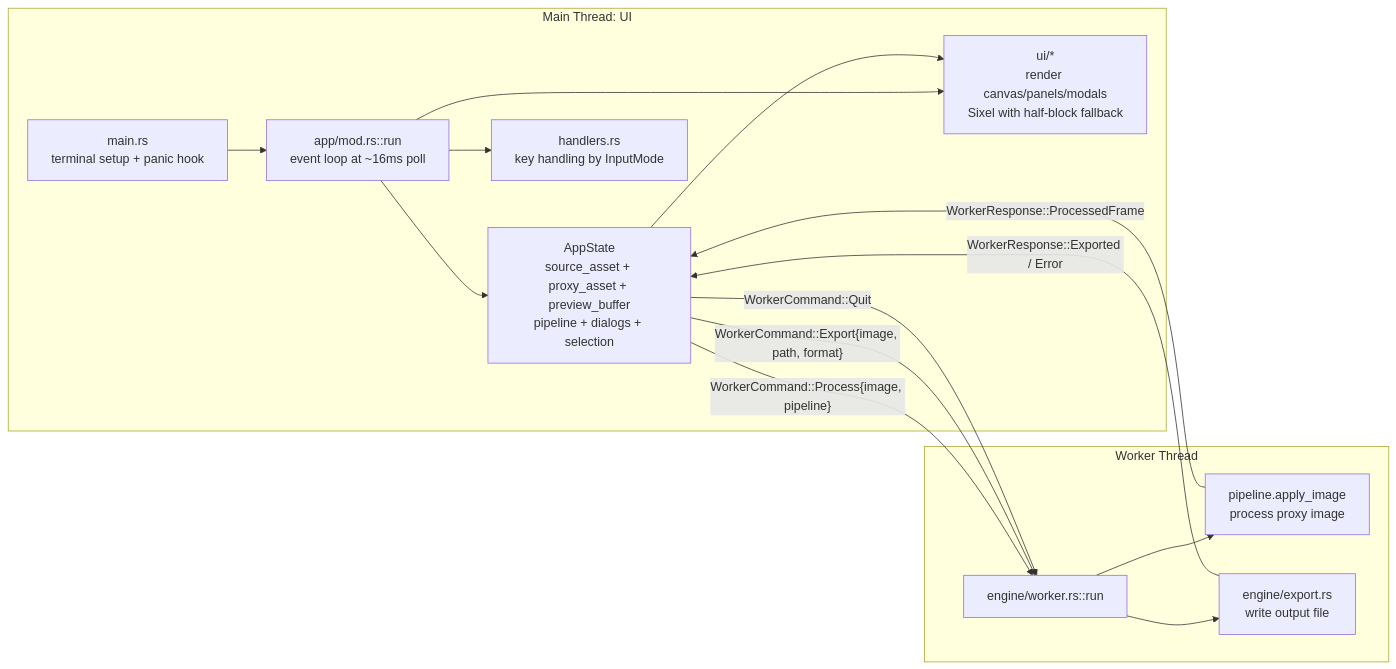
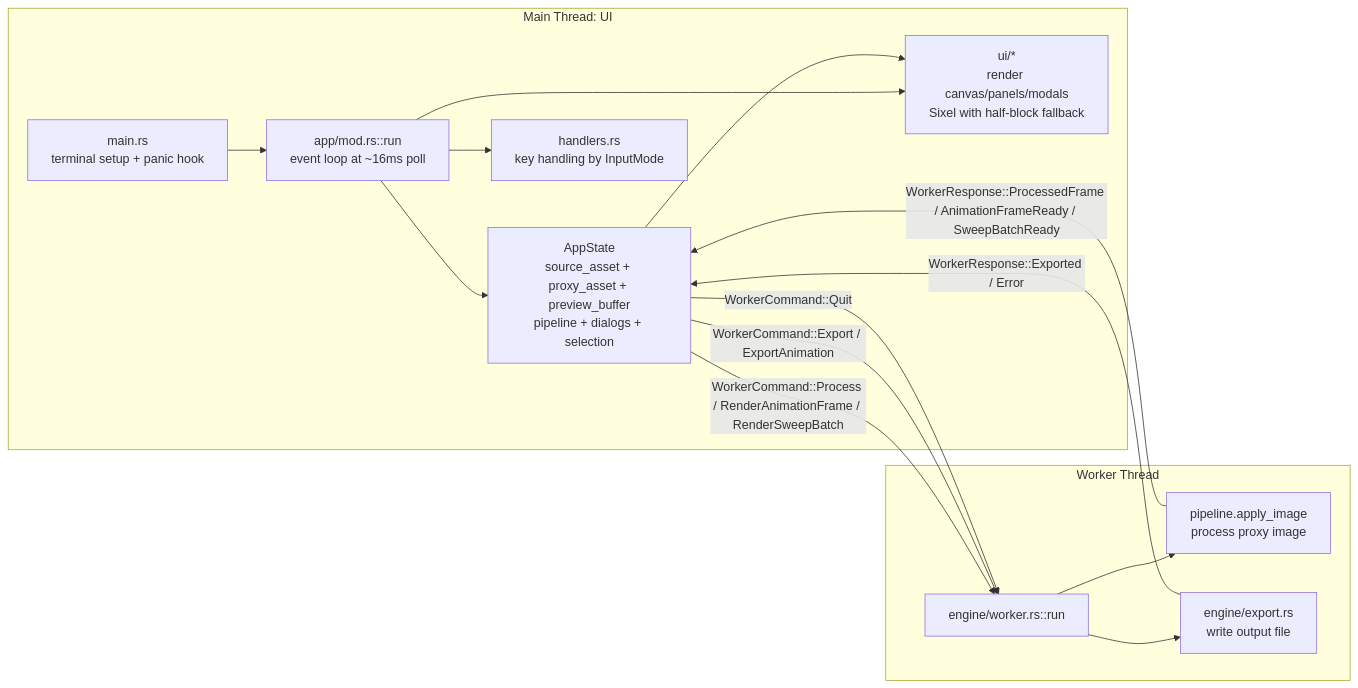
Before and after one commit to gioleppe/SpixelaTUIr: the diagram in README.md, drawn with Mermaid. The commit also changed other lines of this file and 2 other files, not shown here.

Commit message:
feat: update version to 0.2.0 and enhance README with animation features

````diff
--- a/README.md
+++ b/README.md
@@ -150,32 +150,32 @@
 ```mermaid
 flowchart LR
   subgraph UI[Main Thread: UI]
     A[main.rs\nterminal setup + panic hook]
     B[app/mod.rs::run\nevent loop at ~16ms poll]
     C[AppState\nsource_asset + proxy_asset + preview_buffer\npipeline + dialogs + selection]
     D[handlers.rs\nkey handling by InputMode]
     E[ui/*\nrender canvas/panels/modals\nSixel with half-block fallback]
   end
 
   subgraph W[Worker Thread]
     F[engine/worker.rs::run]
     G[pipeline.apply_image\nprocess proxy image]
     H[engine/export.rs\nwrite output file]
   end
 
   A --> B
   B --> C
   B --> D
   B --> E
 
-  C -- WorkerCommand::Process{image, pipeline} --> F
-  C -- WorkerCommand::Export{image, path, format} --> F
+  C -- WorkerCommand::Process / RenderAnimationFrame / RenderSweepBatch --> F
+  C -- WorkerCommand::Export / ExportAnimation --> F
   C -- WorkerCommand::Quit --> F
 
   F --> G
   F --> H
-  G -- WorkerResponse::ProcessedFrame --> C
+  G -- WorkerResponse::ProcessedFrame / AnimationFrameReady / SweepBatchReady --> C
   H -- WorkerResponse::Exported / Error --> C
 
   C --> E
 ```
````
